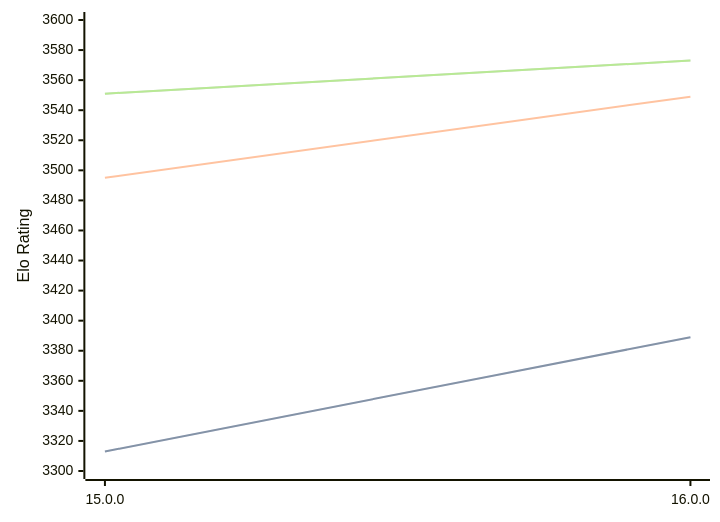
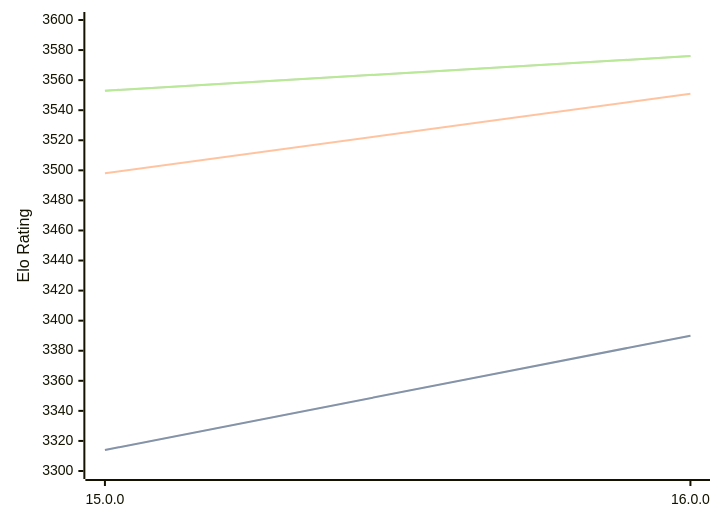
One commit to computer-chess-index/cci changed the diagram in engines/Halogen.md. Above: the diagram before and after it, drawn with Mermaid. The commit also changed other lines of this file, not shown here.

Commit message:
Update CCI Ratings (ELO VLTC) - 2026-04-11

````diff
--- a/engines/Halogen.md
+++ b/engines/Halogen.md
@@ -50,11 +50,11 @@
 ```mermaid
 %%{init: {"theme":"base","themeVariables":{"seriesColors:['#a3a3a3','#222221','#faa371']}}}%%
 xychart-beta
   x-axis ["15.0.0", "16.0.0"]
   y-axis "Elo Rating" 3300 --> 3600
-  line "STC (8.0+0.08s)" [3313, 3389]
-  line "STC (8.0+0.08s)" [3313, 3389]
-  line "LTC (60.0+0.60s)" [3495, 3549]
-  line "VLTC (2m24s+1.12s)" [3551, 3573]
-  line "VLTC (2m24s+1.12s)" [3551, 3573]
+  line "STC (8.0+0.08s)" [3314, 3390]
+  line "STC (8.0+0.08s)" [3314, 3390]
+  line "LTC (60.0+0.60s)" [3498, 3551]
+  line "VLTC (2m24s+1.12s)" [3553, 3576]
+  line "VLTC (2m24s+1.12s)" [3553, 3576]
 ```
````
